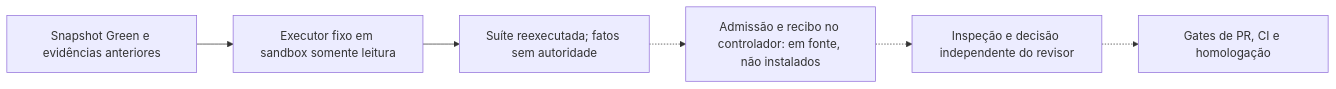
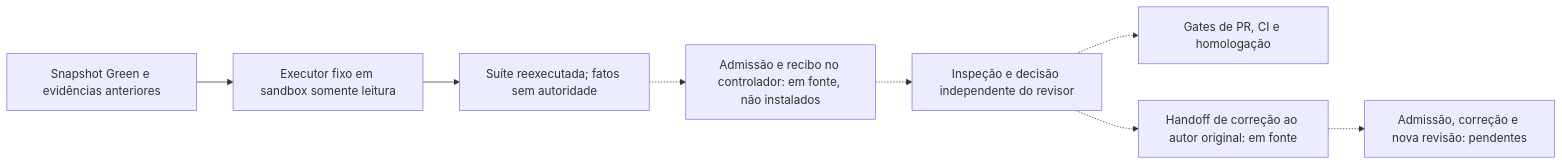
The second of 2 diagrams in docs/ARCHITECTURE.md (codifydeep/fabriquinha), drawn with Mermaid before and after one commit. The commit also changed other lines of this file and 17 other files, not shown here.

````diff
--- a/docs/ARCHITECTURE.md
+++ b/docs/ARCHITECTURE.md
@@ -156,8 +157,10 @@
 ```mermaid
 flowchart LR
     Q[Snapshot Green e evidências anteriores] --> J[Executor fixo em sandbox somente leitura]
     J --> F[Suíte reexecutada; fatos sem autoridade]
     F -.-> C[Admissão e recibo no controlador: em fonte, não instalados]
     C -.-> R[Inspeção e decisão independente do revisor]
     R -.-> P[Gates de PR, CI e homologação]
+    R -.-> S[Handoff de correção ao autor original: em fonte]
+    S -.-> N[Admissão, correção e nova revisão: pendentes]
 ```
````
